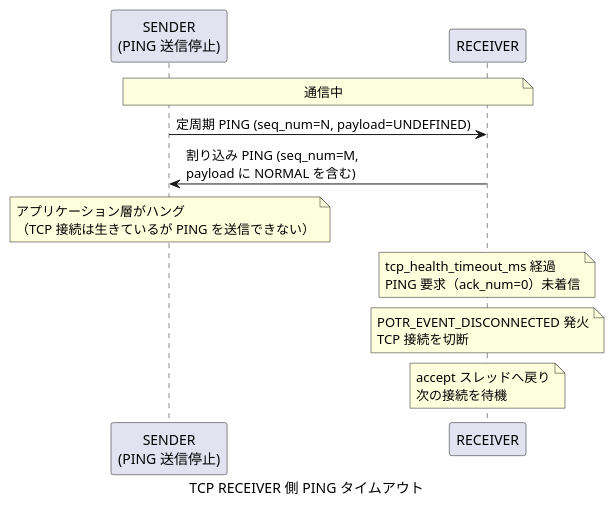
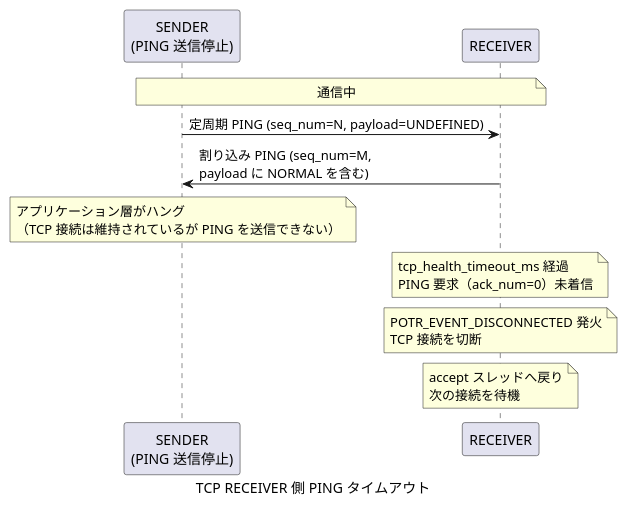
Before and after one commit to Hondarer/app_porter: the sixth of 9 diagrams in docs/sequence-tcp.md, drawn with PlantUML. The commit also changed other lines of this file and 39 other files, not shown here.

````diff
--- a/docs/sequence-tcp.md
+++ b/docs/sequence-tcp.md
@@ -177,20 +177,20 @@
 ```plantuml
 @startuml TCP RECEIVER PING タイムアウト
 caption TCP RECEIVER 側 PING タイムアウト
 
 participant "SENDER\n(PING 送信停止)" as S
 participant "RECEIVER" as R
 
 note over S,R: 通信中
 
 S -> R: 定周期 PING (seq_num=N, payload=UNDEFINED)
 R -> S: 割り込み PING (seq_num=M,\npayload に NORMAL を含む)
-note over S: アプリケーション層がハング\n（TCP 接続は生きているが PING を送信できない）
+note over S: アプリケーション層がハング\n（TCP 接続は維持されているが PING を送信できない）
 
 note over R: tcp_health_timeout_ms 経過\nPING 要求（ack_num=0）未着信
 note over R: POTR_EVENT_DISCONNECTED 発火\nTCP 接続を切断
 
 note over R: accept スレッドへ戻り\n次の接続を待機
 
 @enduml
 ```
````
